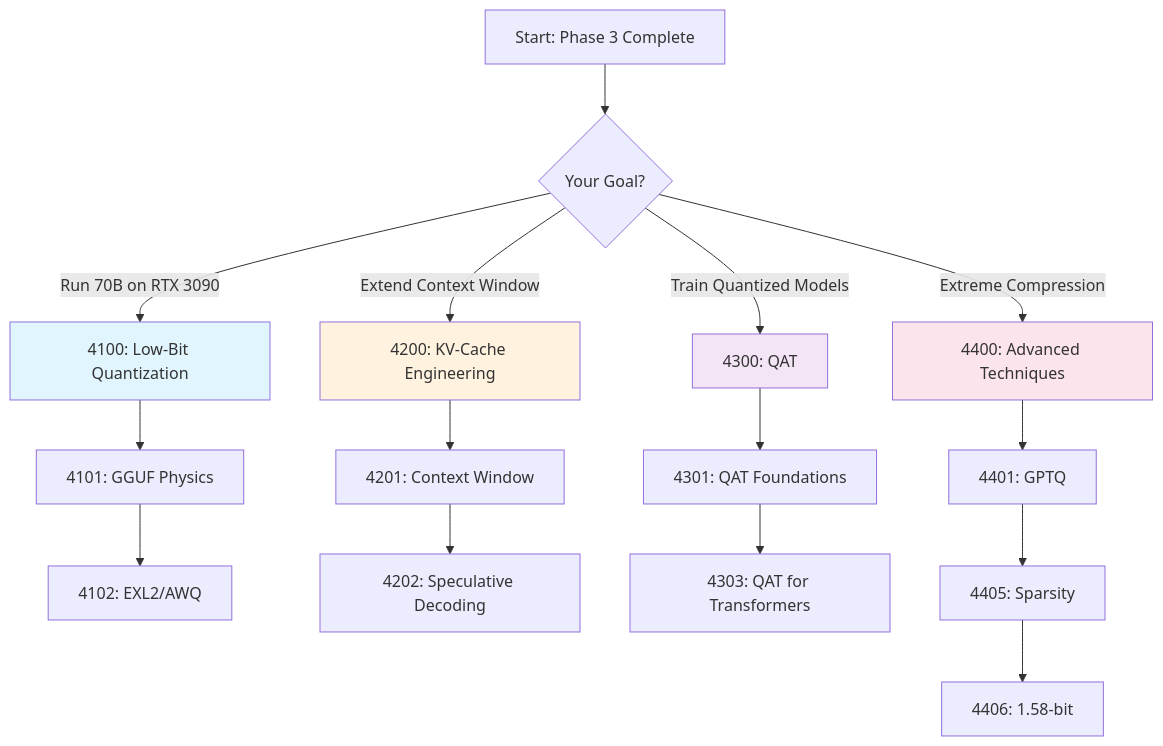
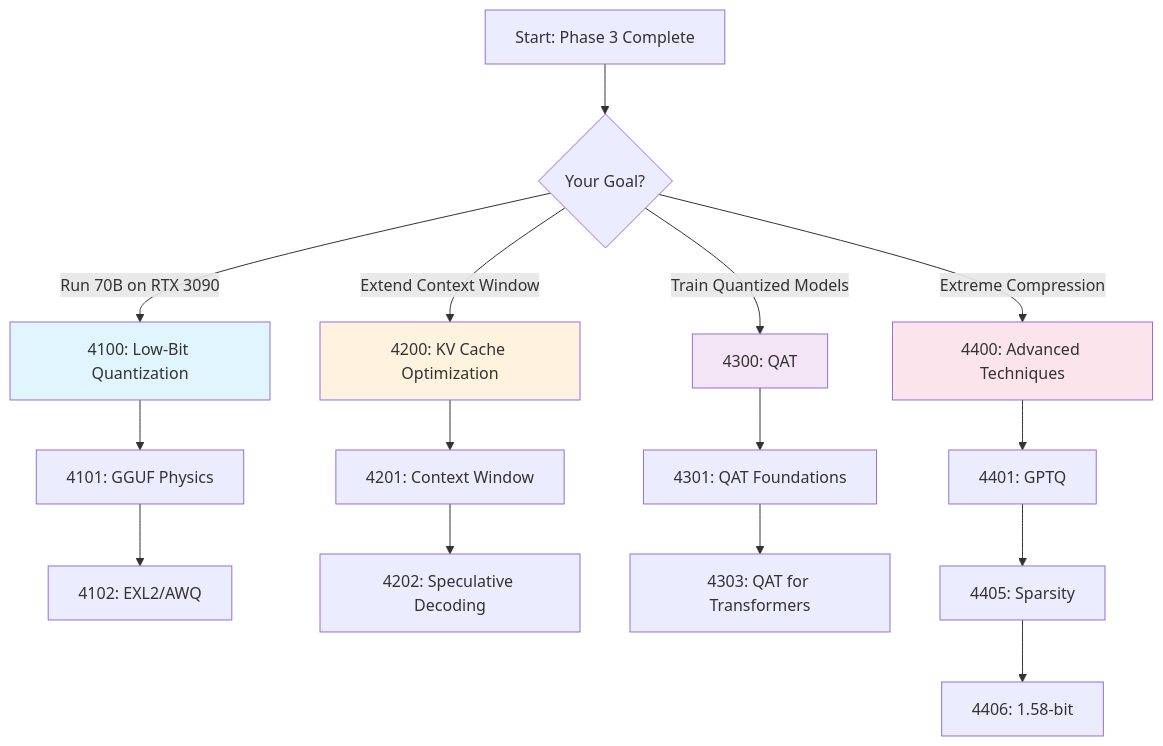
One commit to minderhq/academy changed the second of 3 diagrams in docs/phases/phase4-quantization/README.md. Above: the diagram before and after it, drawn with Mermaid. The commit also changed other lines of this file and 21 other files, not shown here.

````diff
--- a/docs/phases/phase4-quantization/README.md
+++ b/docs/phases/phase4-quantization/README.md
@@ -200,27 +200,27 @@
 ```mermaid
 graph TD
     A[Start: Phase 3 Complete] --> B{Your Goal?}
 
     B -->|Run 70B on RTX 3090| C[4100: Low-Bit Quantization]
-    B -->|Extend Context Window| D[4200: KV-Cache Engineering]
+    B -->|Extend Context Window| D[4200: KV Cache Optimization]
     B -->|Train Quantized Models| E[4300: QAT]
     B -->|Extreme Compression| F[4400: Advanced Techniques]
 
     C --> G[4101: GGUF Physics]
     G --> H[4102: EXL2/AWQ]
 
     D --> I[4201: Context Window]
     I --> J[4202: Speculative Decoding]
 
     E --> K[4301: QAT Foundations]
     K --> L[4303: QAT for Transformers]
 
     F --> M[4401: GPTQ]
     M --> N[4405: Sparsity]
     N --> O[4406: 1.58-bit]
 
     style C fill:#e1f5fe
     style D fill:#fff3e0
     style E fill:#f3e5f5
     style F fill:#fce4ec
 ```
````
